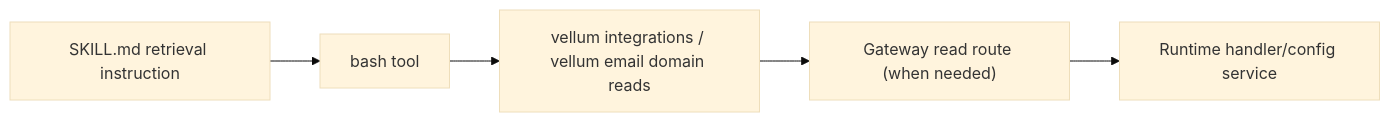
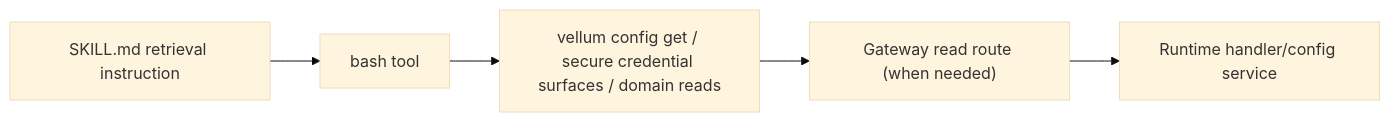
Diagram 12 of 20 in assistant/ARCHITECTURE.md (vellum-ai/vellum-assistant), drawn with Mermaid (base theme) before and after one commit. The commit also changed other lines of this file and 2 other files, not shown here.

Commit message:
Clarify retrieval docs to center config and secret surfaces

````diff
--- a/assistant/ARCHITECTURE.md
+++ b/assistant/ARCHITECTURE.md
@@ -1348,7 +1348,7 @@
 ```mermaid
 graph LR
     SKILL["SKILL.md retrieval instruction"] --> BASH["bash tool"]
-    BASH --> CLI["vellum integrations / vellum email domain reads"]
+    BASH --> CLI["vellum config get / secure credential surfaces / domain reads"]
     CLI --> GW["Gateway read route (when needed)"]
     GW --> RT["Runtime handler/config service"]
 ```
````
